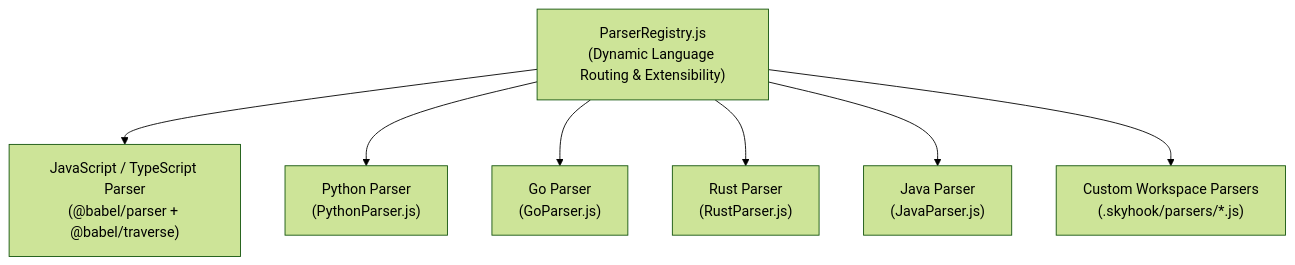
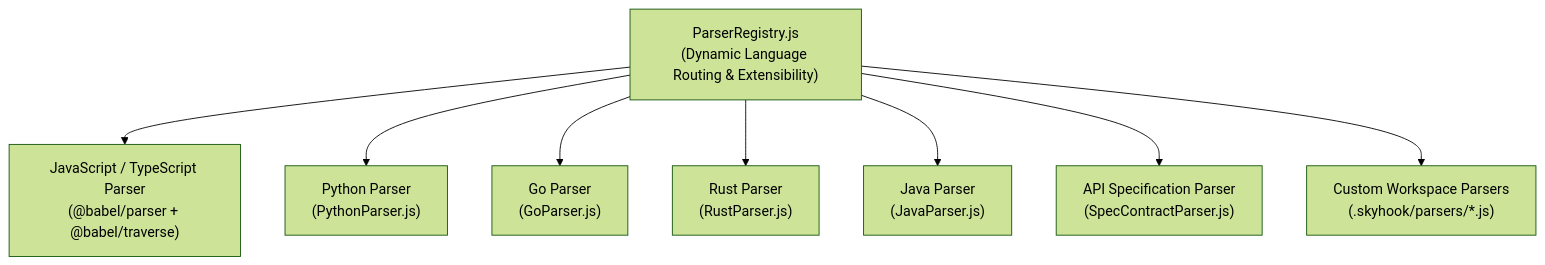
Before and after one commit to asadayoub/skyhook: the first of 3 diagrams in skyhook/docs/TRACEABILITY_AND_AST.md, drawn with Mermaid (forest theme). The commit also changed other lines of this file and 40 other files, not shown here.

````diff
--- a/skyhook/docs/TRACEABILITY_AND_AST.md
+++ b/skyhook/docs/TRACEABILITY_AND_AST.md
@@ -11,18 +11,20 @@
 ```mermaid
 flowchart TD
     Registry["ParserRegistry.js<br/>(Dynamic Language Routing & Extensibility)"]
 
     JS["JavaScript / TypeScript Parser<br/>(@babel/parser + @babel/traverse)"]
     Py["Python Parser<br/>(PythonParser.js)"]
     Go["Go Parser<br/>(GoParser.js)"]
     Rust["Rust Parser<br/>(RustParser.js)"]
     Java["Java Parser<br/>(JavaParser.js)"]
+    Spec["API Specification Parser<br/>(SpecContractParser.js)"]
     Custom["Custom Workspace Parsers<br/>(.skyhook/parsers/*.js)"]
 
     Registry --> JS
     Registry --> Py
     Registry --> Go
     Registry --> Rust
     Registry --> Java
+    Registry --> Spec
     Registry --> Custom
 ```
````
